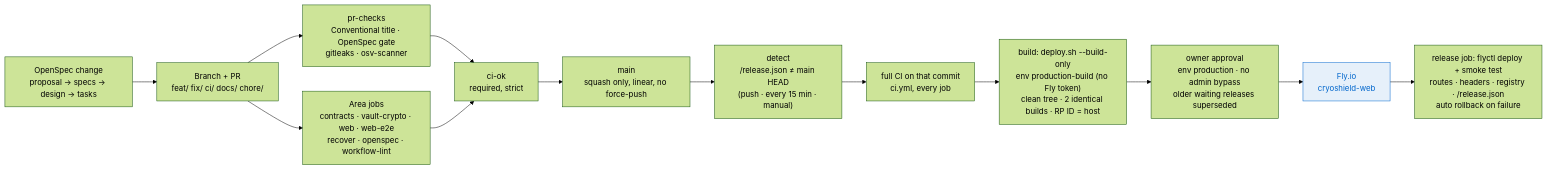
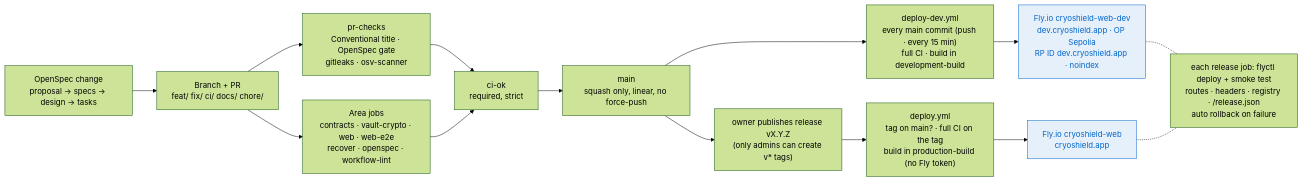
The fifth of 5 diagrams in docs/system-design.md (prix0007/cryoshield), drawn with Mermaid (forest theme) before and after one commit. The commit also changed other lines of this file and 47 other files, not shown here.

First line of the commit message:
ci(deploy): main deploys to dev.cryoshield.app; only owner releases deploy production

````diff
--- a/docs/system-design.md
+++ b/docs/system-design.md
@@ -147,23 +147,26 @@
 ```mermaid
 flowchart LR
   spec["OpenSpec change<br/>proposal → specs → design → tasks"]
   pr["Branch + PR<br/>feat/ fix/ ci/ docs/ chore/"]
   checks["pr-checks<br/>Conventional title · OpenSpec gate<br/>gitleaks · osv-scanner"]
   jobs["Area jobs<br/>contracts · vault-crypto · web · web-e2e<br/>recover · openspec · workflow-lint"]
   ok["ci-ok<br/>required, strict"]
   main["main<br/>squash only, linear, no force-push"]
-  detect["detect<br/>/release.json ≠ main HEAD<br/>(push · every 15 min · manual)"]
-  full["full CI on that commit<br/>ci.yml, every job"]
-  deploy["build: deploy.sh --build-only<br/>env production-build (no Fly token)<br/>clean tree · 2 identical builds · RP ID = host"]
-  approve["owner approval<br/>env production · no admin bypass<br/>older waiting releases superseded"]
-  fly["Fly.io<br/>cryoshield-web"]
-  smoke["release job: flyctl deploy + smoke test<br/>routes · headers · registry · /release.json<br/>auto rollback on failure"]
+  devpipe["deploy-dev.yml<br/>every main commit (push · every 15 min)<br/>full CI · build in development-build"]
+  dev["Fly.io cryoshield-web-dev<br/>dev.cryoshield.app · OP Sepolia<br/>RP ID dev.cryoshield.app · noindex"]
+  release["owner publishes release vX.Y.Z<br/>(only admins can create v* tags)"]
+  prodpipe["deploy.yml<br/>tag on main? · full CI on the tag<br/>build in production-build (no Fly token)"]
+  prod["Fly.io cryoshield-web<br/>cryoshield.app"]
+  smoke["each release job: flyctl deploy + smoke test<br/>routes · headers · registry · /release.json<br/>auto rollback on failure"]
 
   spec --> pr
   pr --> checks --> ok
   pr --> jobs --> ok
-  ok --> main --> detect --> full --> deploy --> approve --> fly --> smoke
+  ok --> main --> devpipe --> dev
+  main --> release --> prodpipe --> prod
+  dev -.- smoke
+  prod -.- smoke
 
   classDef ours fill:#e6f0fa,stroke:#0066cc,color:#0066cc;
-  class fly ours;
+  class dev,prod ours;
 ```
````
